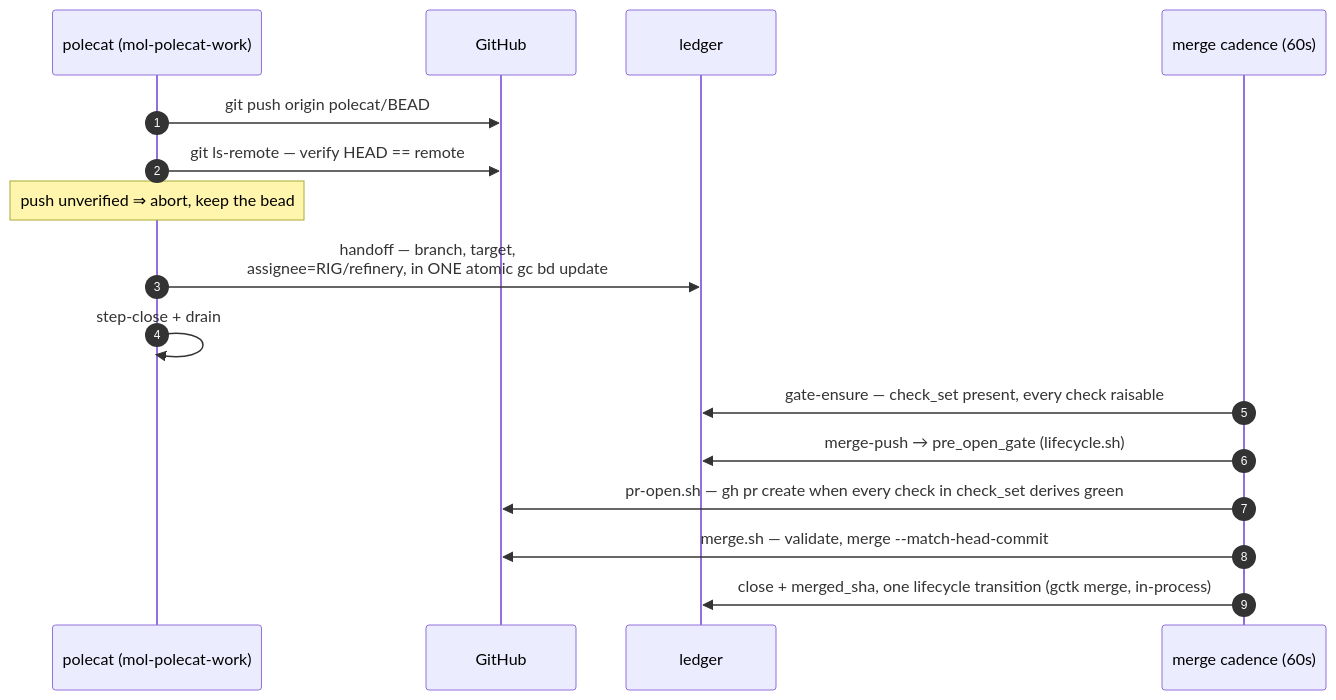
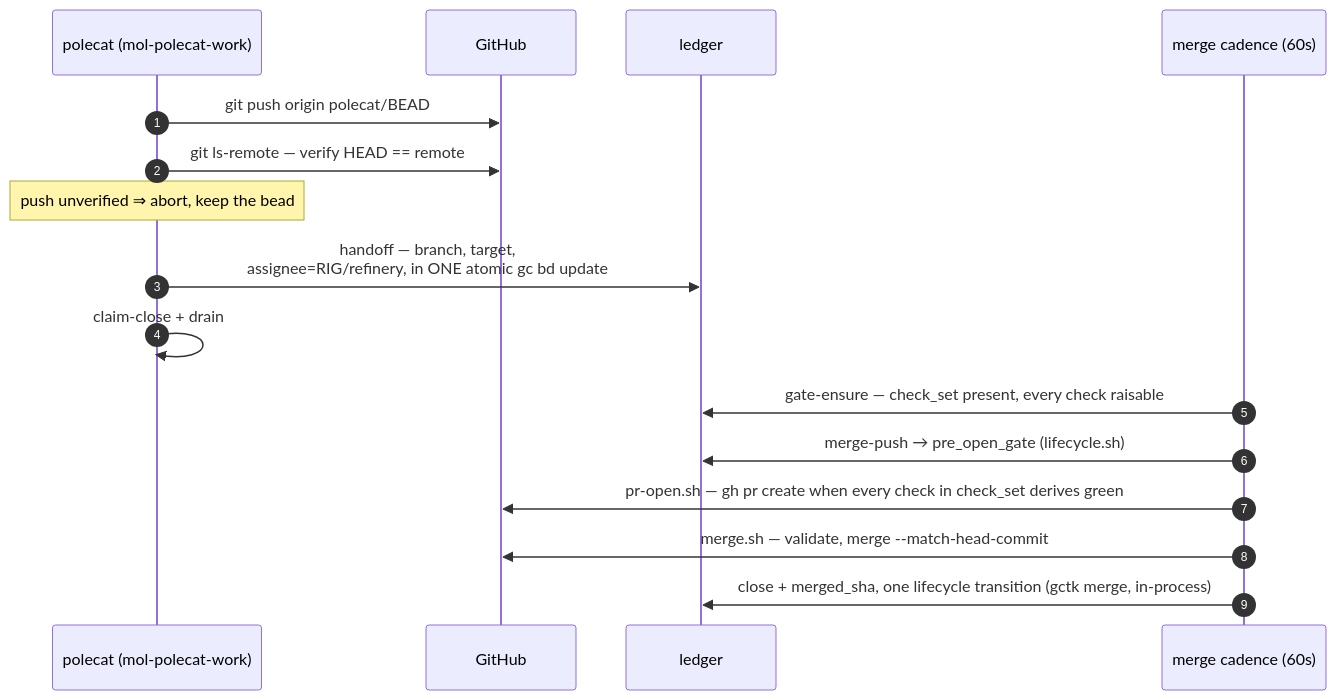
Before and after one commit to zookanalytics/gc-toolkit: the second of 2 diagrams in docs/state-machine.md, drawn with Mermaid. The commit also changed 78 other files, not shown here.

````diff
--- a/docs/state-machine.md
+++ b/docs/state-machine.md
@@ -831,18 +831,18 @@
 ```mermaid
 sequenceDiagram
   autonumber
   participant P as polecat (mol-polecat-work)
   participant G as GitHub
   participant L as ledger
   participant C as merge cadence (60s)
   P->>G: git push origin polecat/BEAD
   P->>G: git ls-remote — verify HEAD == remote
   Note over P: push unverified ⇒ abort, keep the bead
   P->>L: handoff — branch, target,<br/>assignee=RIG/refinery, in ONE atomic gc bd update
-  P->>P: step-close + drain
+  P->>P: claim-close + drain
   C->>L: gate-ensure — check_set present, every check raisable
   C->>L: merge-push → pre_open_gate (lifecycle.sh)
   C->>G: pr-open.sh — gh pr create when every check in check_set derives green
   C->>G: merge.sh — validate, merge --match-head-commit
   C->>L: close + merged_sha, one lifecycle transition (gctk merge, in-process)
 ```
````
